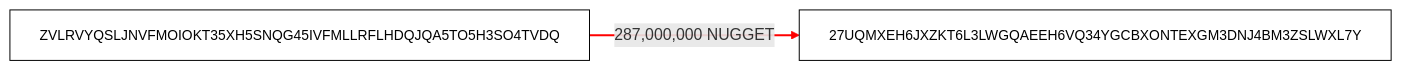
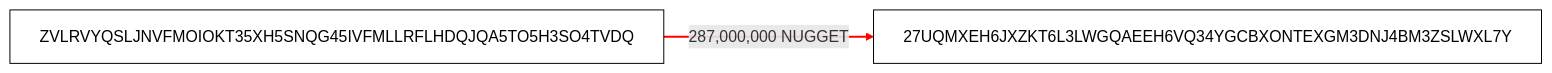
Before and after one commit to chopmob-cloud/Nugget: the first of 2 diagrams in 27UQMXEH6JXZKT6L3LWGQAEEH6VQ34YGCBXONTEXGM3DNJ4BM3ZSLWXL7Y/Flow.md, drawn with Mermaid. The commit also changed other lines of this file, not shown here.

Commit message:
Change wallet font size to 16px in Flow.md
Updated font size for wallet class definitions in Flow.md.

````diff
--- a/27UQMXEH6JXZKT6L3LWGQAEEH6VQ34YGCBXONTEXGM3DNJ4BM3ZSLWXL7Y/Flow.md
+++ b/27UQMXEH6JXZKT6L3LWGQAEEH6VQ34YGCBXONTEXGM3DNJ4BM3ZSLWXL7Y/Flow.md
@@ -1,12 +1,12 @@
 ```mermaid
 flowchart LR
 
     ZVLRVYQSLJNVFMOIOKT35XH5SNQG45IVFMLLRFLHDQJQA5TO5H3SO4TVDQ -->|287,000,000 NUGGET| 27UQMXEH6JXZKT6L3LWGQAEEH6VQ34YGCBXONTEXGM3DNJ4BM3ZSLWXL7Y
 
     class ZVLRVYQSLJNVFMOIOKT35XH5SNQG45IVFMLLRFLHDQJQA5TO5H3SO4TVDQ wallet
     class 27UQMXEH6JXZKT6L3LWGQAEEH6VQ34YGCBXONTEXGM3DNJ4BM3ZSLWXL7Y wallet
 
-    classDef wallet fill:#ffffff,stroke:#000000,color:#000000,font-size:14px;
+    classDef wallet fill:#ffffff,stroke:#000000,color:#000000,font-size:16px;
     linkStyle 0 stroke:#ff0000,stroke-width:2px;
 
 ```
````
